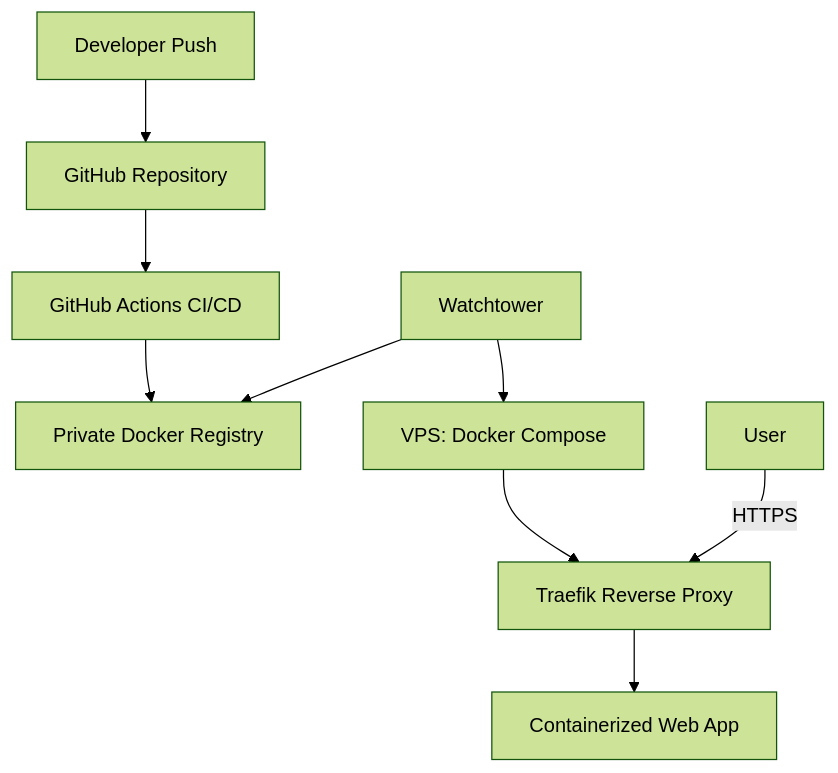
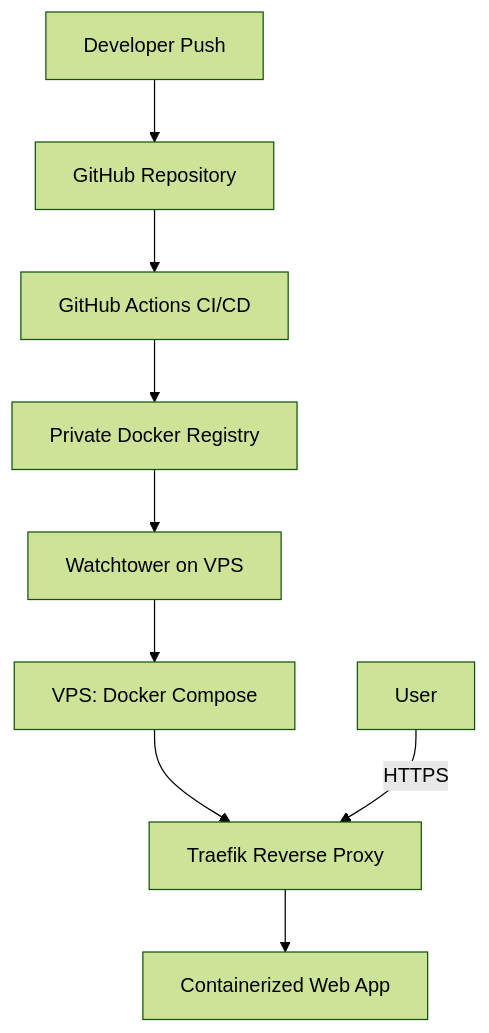
One commit to typegaro/projects changed the diagram in vps-deployment/vps-deployment.md. Above: the diagram before and after it, drawn with Mermaid (forest theme).

`````diff
--- a/vps-deployment/vps-deployment.md
+++ b/vps-deployment/vps-deployment.md
@@ -11,11 +11,11 @@
 ```mermaid
 graph TD
   Dev[Developer Push] --> GitHub[GitHub Repository]
   GitHub --> CI[GitHub Actions CI/CD]
   CI --> DockerHub[Private Docker Registry]
-  Watchtower --> DockerHub
+  DockerHub --> Watchtower[Watchtower on VPS]
   Watchtower --> VPS[VPS: Docker Compose]
   VPS --> Traefik[Traefik Reverse Proxy]
+  Traefik --> App[Containerized Web App]
   User[User] -->|HTTPS| Traefik
-  Traefik --> App[Containerized Web App]
 ````
`````
